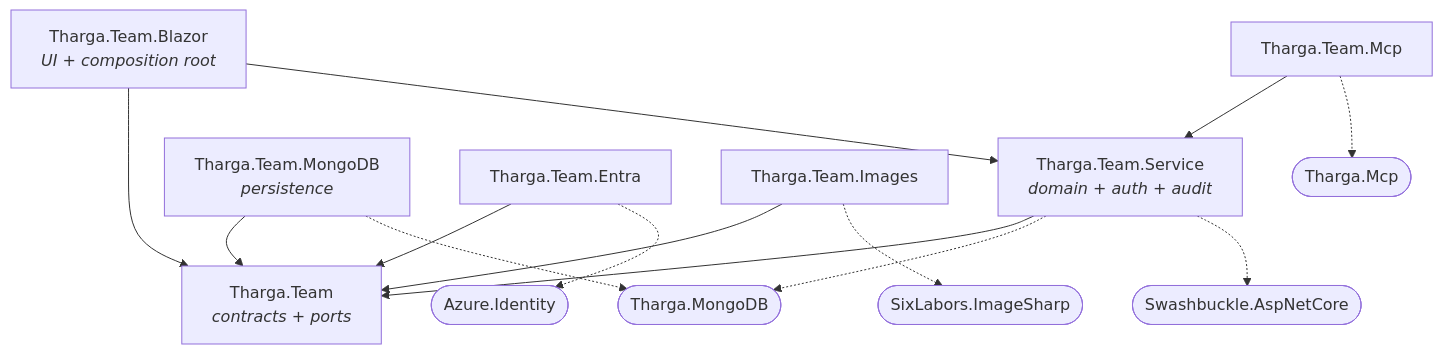
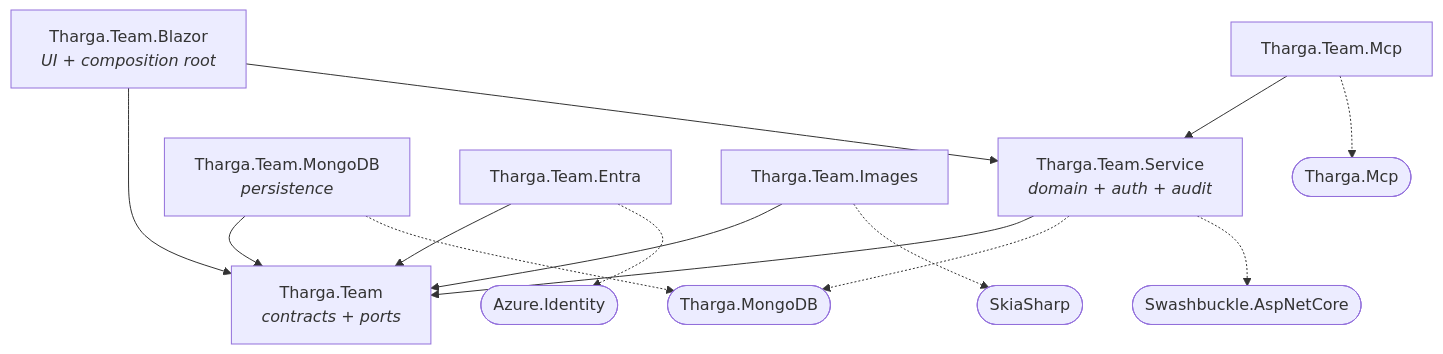
Before and after one commit to Tharga/Team: the first of 2 diagrams in docs/articles/architecture.md, drawn with Mermaid. The commit also changed other lines of this file and 4 other files, not shown here.

First line of the commit message:
docs: Tharga.Team.Images now uses SkiaSharp, not ImageSharp

````diff
--- a/docs/articles/architecture.md
+++ b/docs/articles/architecture.md
@@ -25,31 +25,31 @@
 ```mermaid
 flowchart TB
   TEAM["Tharga.Team<br/><i>contracts + ports</i>"]
   BLAZOR["Tharga.Team.Blazor<br/><i>UI + composition root</i>"]
   SERVICE["Tharga.Team.Service<br/><i>domain + auth + audit</i>"]
   MONGO["Tharga.Team.MongoDB<br/><i>persistence</i>"]
   ENTRA["Tharga.Team.Entra"]
   IMAGES["Tharga.Team.Images"]
   MCP["Tharga.Team.Mcp"]
 
   DRIVER(["Tharga.MongoDB"])
   SWAGGER(["Swashbuckle.AspNetCore"])
   AZURE(["Azure.Identity"])
-  SHARP(["SixLabors.ImageSharp"])
+  SKIA(["SkiaSharp"])
   THARGAMCP(["Tharga.Mcp"])
 
   BLAZOR --> TEAM
   BLAZOR --> SERVICE
   SERVICE --> TEAM
   MONGO --> TEAM
   ENTRA --> TEAM
   IMAGES --> TEAM
   MCP --> SERVICE
 
   SERVICE -.-> DRIVER
   SERVICE -.-> SWAGGER
   MONGO -.-> DRIVER
   ENTRA -.-> AZURE
-  IMAGES -.-> SHARP
+  IMAGES -.-> SKIA
   MCP -.-> THARGAMCP
 ```
````
